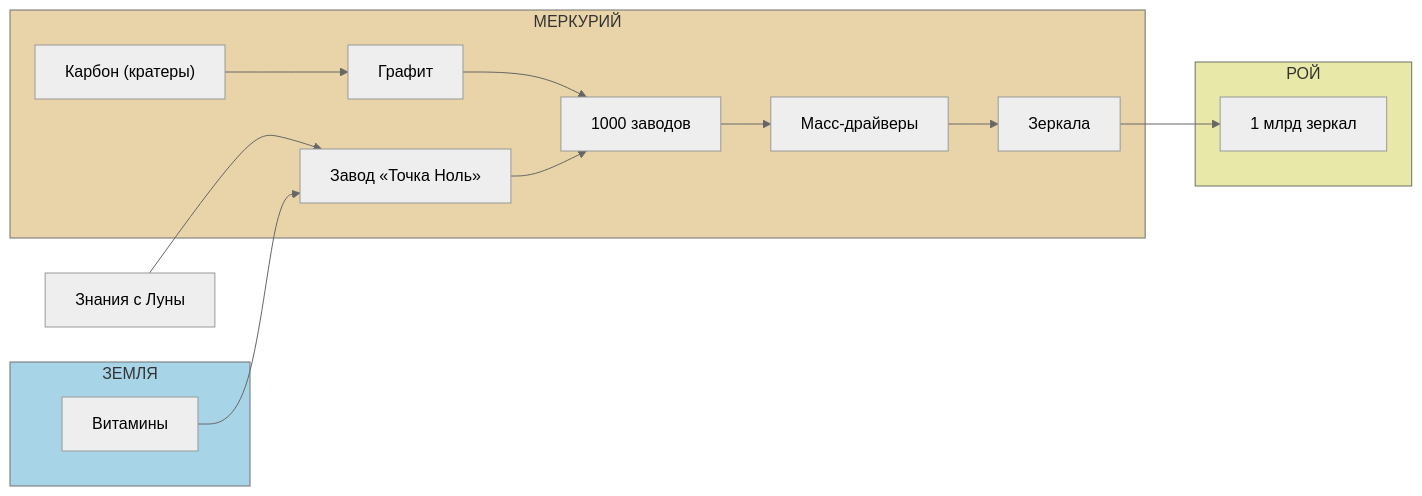
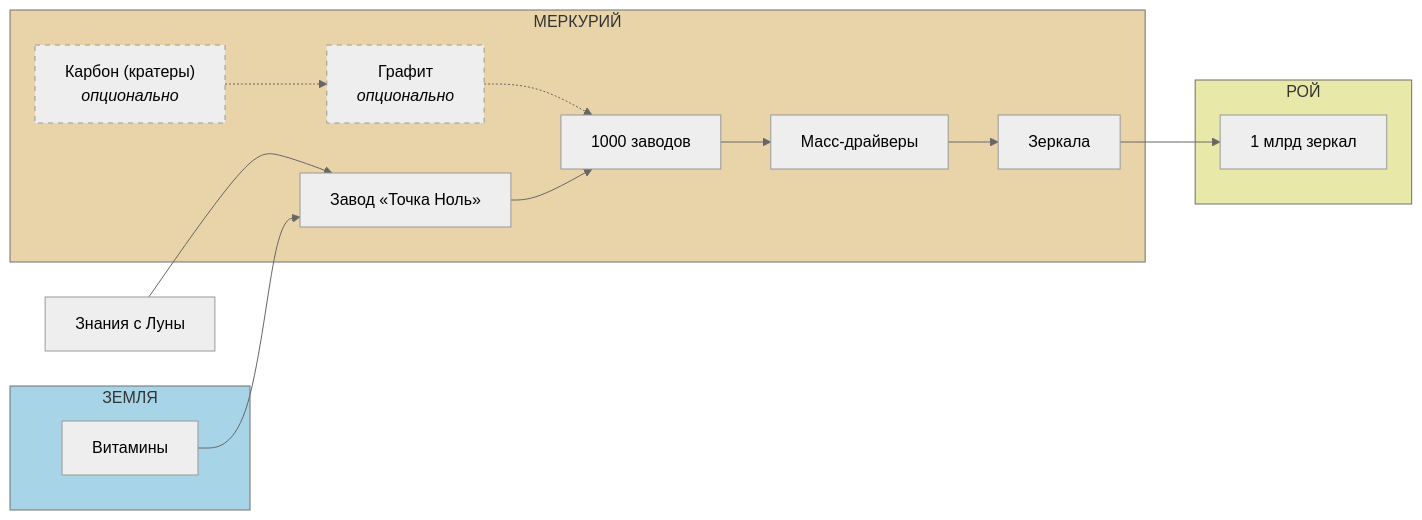
One commit to DmitryNasikanov/infinite-energy changed the second of 4 diagrams in ru/science/detailed/production/overview.qmd. Above: the diagram before and after it, drawn with Mermaid (neutral theme). The commit also changed 14 other files, not shown here.

````diff
--- a/ru/science/detailed/production/overview.qmd
+++ b/ru/science/detailed/production/overview.qmd
@@ -46,34 +46,36 @@
 ```{mermaid}
 %%| fig-width: 10
 flowchart LR
     ЗНАНИЯ["Знания с Луны"] --> M1
 
     subgraph ЗЕМЛЯ["ЗЕМЛЯ"]
         E2["Витамины"]
     end
 
     subgraph МЕРКУРИЙ["МЕРКУРИЙ"]
         M1["Завод «Точка Ноль»"]
         M2["1000 заводов"]
         M2a["Масс-драйверы"]
         M3["Зеркала"]
-        MC["Карбон (кратеры)"]
-        MG["Графит"]
+        MC["Карбон (кратеры)<br/><i>опционально</i>"]
+        MG["Графит<br/><i>опционально</i>"]
     end
 
     subgraph РОЙ["РОЙ"]
         R1["1 млрд зеркал"]
     end
 
     E2 --> M1
     M1 --> M2
     M2 --> M2a
     M2a --> M3
     M3 --> R1
-    MC --> MG
-    MG --> M2
+    MC -.-> MG
+    MG -.-> M2
 
     style ЗЕМЛЯ fill:#a8d4e8
     style МЕРКУРИЙ fill:#e8d4a8
     style РОЙ fill:#e8e8a8
+    style MC stroke-dasharray: 5 5
+    style MG stroke-dasharray: 5 5
 ```
````
